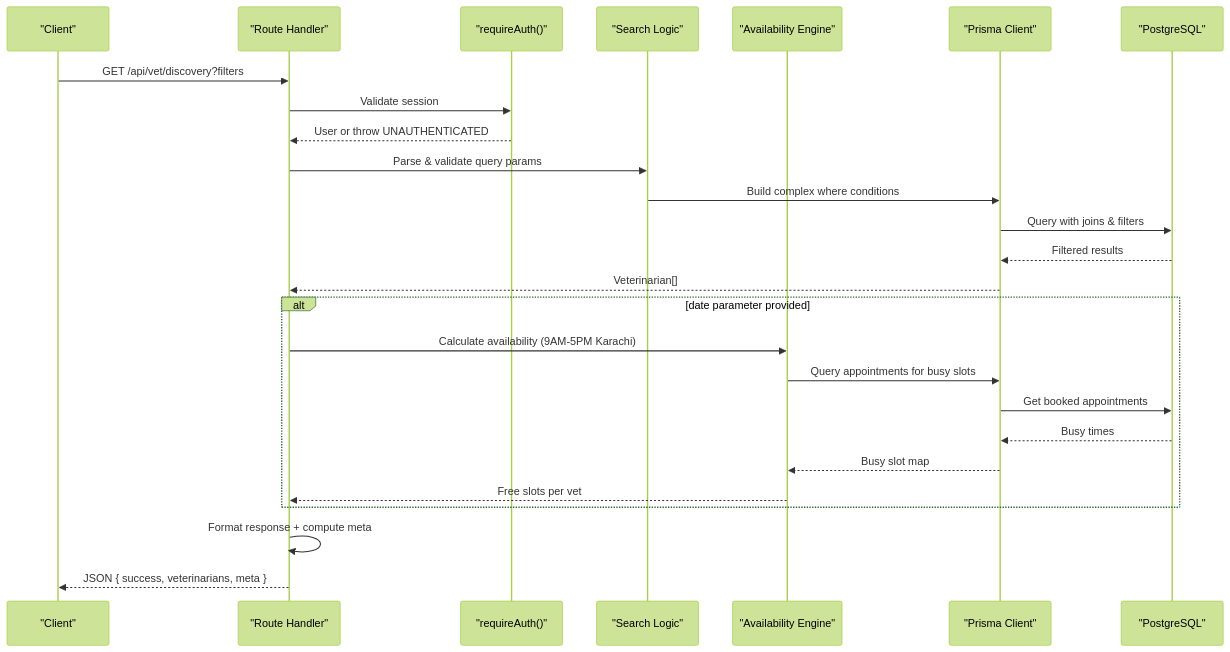
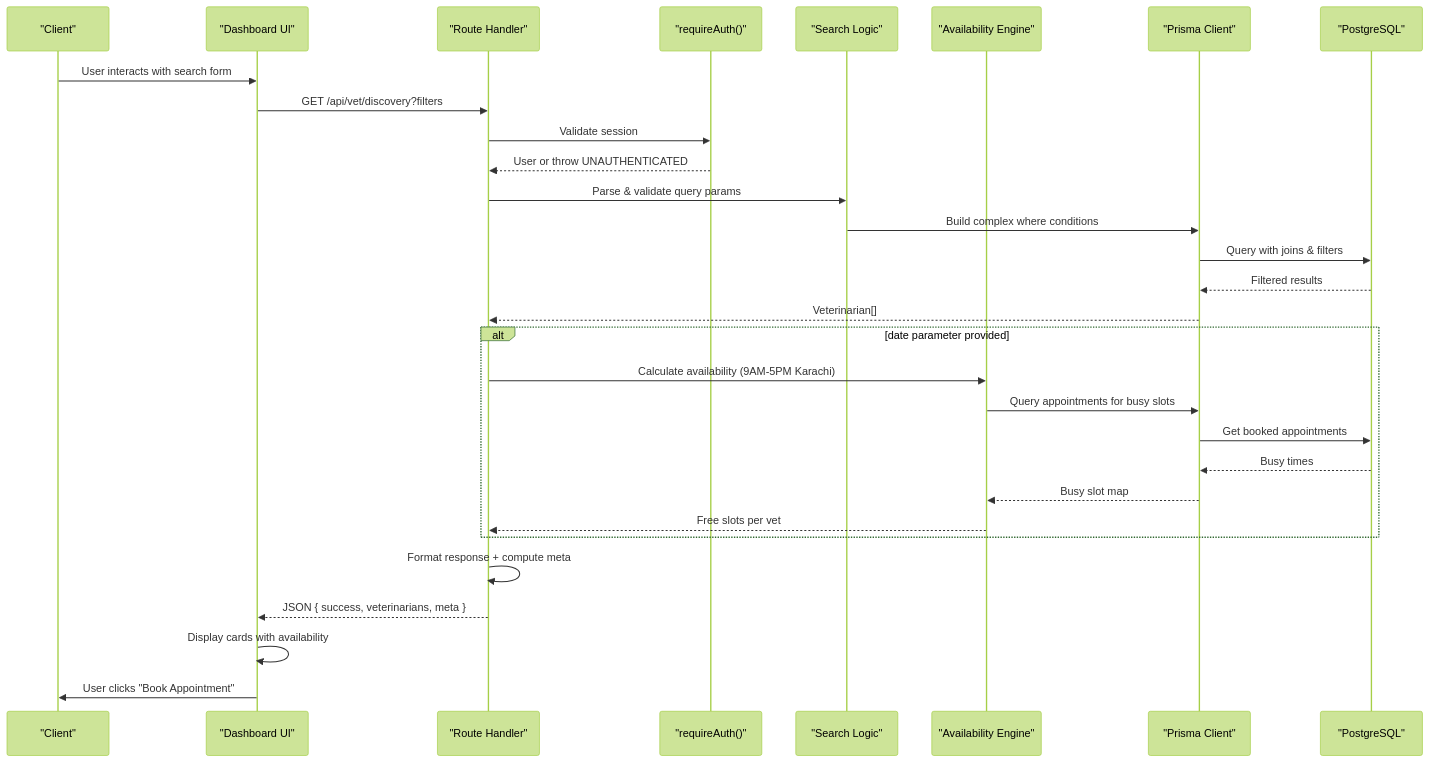
One commit to Javeria-Javaid/ai-powered-pet-healthcare-ecosystem changed the second of 4 diagrams in .qoder/repowiki/en/content/API Reference/Veterinary Tools API/Veterinarian Discovery API.md. Above: the diagram before and after it, drawn with Mermaid (forest theme). The commit also changed other lines of this file and 53 other files, not shown here.

Commit message:
Update API documentation, repo structure, and dashboard features

````diff
--- a/.qoder/repowiki/en/content/API Reference/Veterinary Tools API/Veterinarian Discovery API.md
+++ b/.qoder/repowiki/en/content/API Reference/Veterinary Tools API/Veterinarian Discovery API.md
@@ -88,28 +98,32 @@
 ```mermaid
 sequenceDiagram
 participant C as "Client"
+participant U as "Dashboard UI"
 participant R as "Route Handler"
 participant A as "requireAuth()"
 participant S as "Search Logic"
 participant V as "Availability Engine"
 participant P as "Prisma Client"
 participant D as "PostgreSQL"
-C->>R : GET /api/vet/discovery?filters
+C->>U : User interacts with search form
+U->>R : GET /api/vet/discovery?filters
 R->>A : Validate session
 A-->>R : User or throw UNAUTHENTICATED
 R->>S : Parse & validate query params
 S->>P : Build complex where conditions
 P->>D : Query with joins & filters
 D-->>P : Filtered results
 P-->>R : Veterinarian[]
 alt date parameter provided
 R->>V : Calculate availability (9AM-5PM Karachi)
 V->>P : Query appointments for busy slots
 P->>D : Get booked appointments
 D-->>P : Busy times
 P-->>V : Busy slot map
 V-->>R : Free slots per vet
 end
 R->>R : Format response + compute meta
-R-->>C : JSON { success, veterinarians, meta }
+R-->>U : JSON { success, veterinarians, meta }
+U->>U : Display cards with availability
+U->>C : User clicks "Book Appointment"
 ```
````
